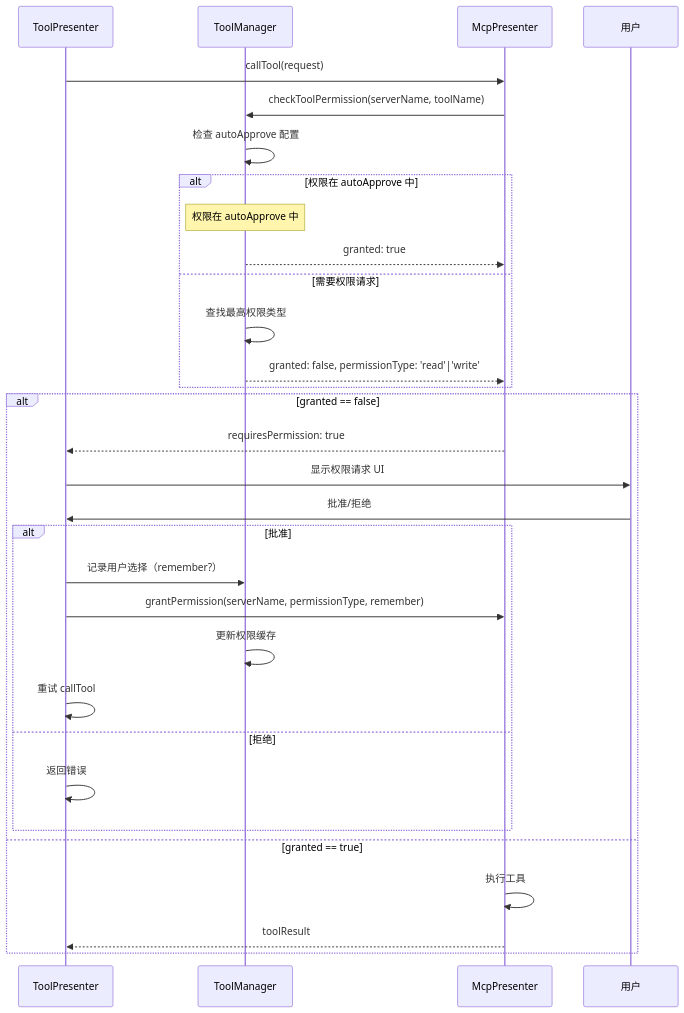
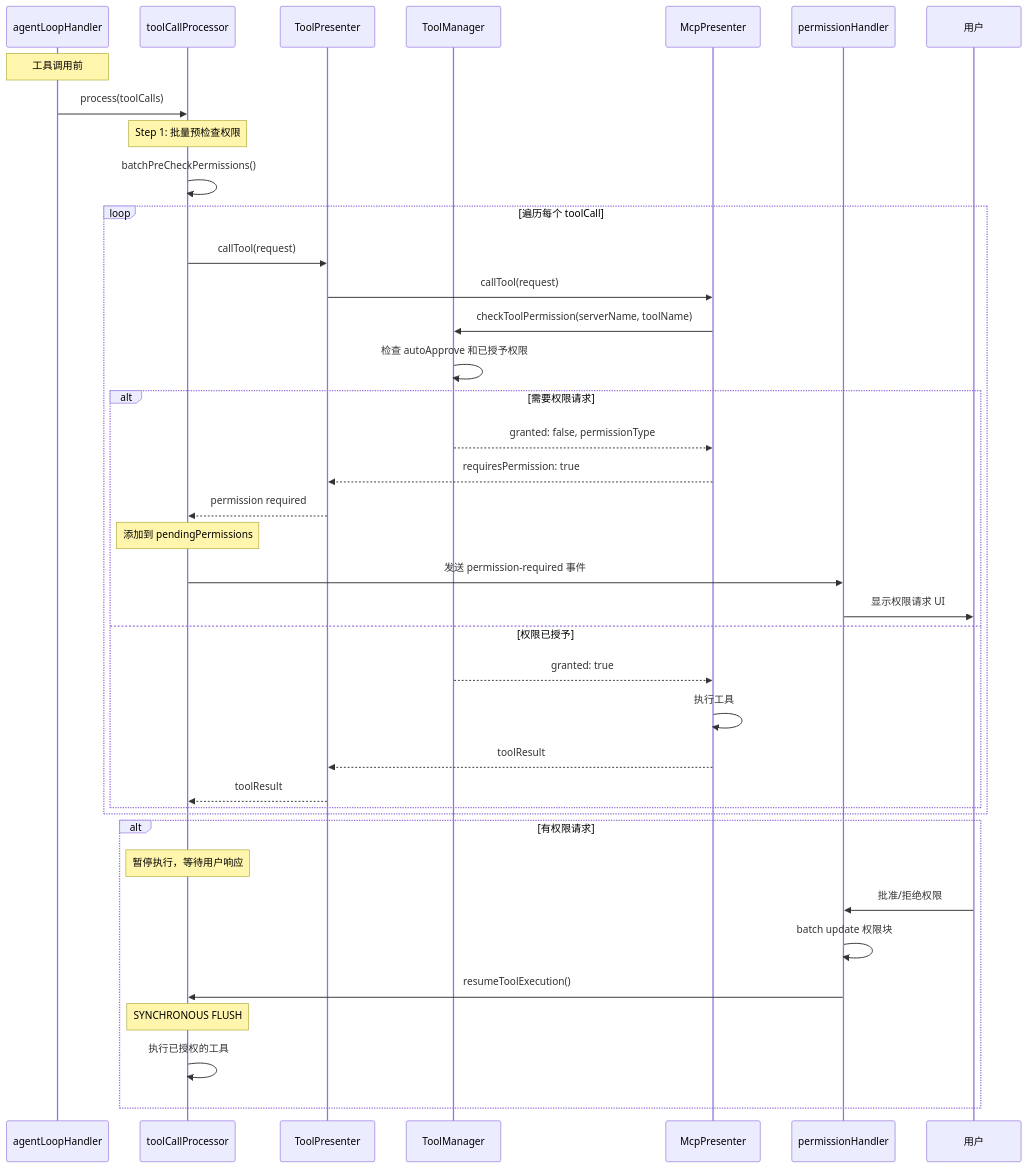
The sixth of 6 diagrams in docs/architecture/tool-system.md (ThinkInAIXYZ/deepchat), drawn with Mermaid before and after one commit. The commit also changed other lines of this file and 20 other files, not shown here.

````diff
--- a/docs/architecture/tool-system.md
+++ b/docs/architecture/tool-system.md
@@ -671,38 +740,47 @@
 ```mermaid
 sequenceDiagram
+    participant AgentLoop as agentLoopHandler
+    participant ToolProc as toolCallProcessor
     participant ToolP as ToolPresenter
     participant ToolMgr as ToolManager
     participant McpP as McpPresenter
+    participant PermHandler as permissionHandler
     participant User as 用户
 
-    ToolP->>McpP: callTool(request)
-    McpP->>ToolMgr: checkToolPermission(serverName, toolName)
+    Note over AgentLoop: 工具调用前
+    AgentLoop->>ToolProc: process(toolCalls)
 
-    ToolMgr->>ToolMgr: 检查 autoApprove 配置
+    Note over ToolProc: Step 1: 批量预检查权限
+    ToolProc->>ToolProc: batchPreCheckPermissions()
 
-    alt 权限在 autoApprove 中
-        Note over ToolMgr: 权限在 autoApprove 中
-        ToolMgr-->>McpP: granted: true
-    else 需要权限请求
-        ToolMgr->>ToolMgr: 查找最高权限类型
-        ToolMgr-->>McpP: granted: false, permissionType: 'read'|'write'
+    loop 遍历每个 toolCall
+        ToolProc->>ToolP: callTool(request)
+        ToolP->>McpP: callTool(request)
+        McpP->>ToolMgr: checkToolPermission(serverName, toolName)
+        ToolMgr->>ToolMgr: 检查 autoApprove 和已授予权限
+
+        alt 需要权限请求
+            ToolMgr-->>McpP: granted: false, permissionType
+            McpP-->>ToolP: requiresPermission: true
+            ToolP-->>ToolProc: permission required
+
+            Note over ToolProc: 添加到 pendingPermissions
+            ToolProc->>PermHandler: 发送 permission-required 事件
+            PermHandler->>User: 显示权限请求 UI
+        else 权限已授予
+            ToolMgr-->>McpP: granted: true
+            McpP->>McpP: 执行工具
+            McpP-->>ToolP: toolResult
+            ToolP-->>ToolProc: toolResult
+        end
     end
 
-    alt granted == false
-        McpP-->>ToolP: requiresPermission: true
-        ToolP->>User: 显示权限请求 UI
-        User->>ToolP: 批准/拒绝
-
-        alt 批准
-            ToolP->>ToolMgr: 记录用户选择（remember?）
-            ToolP->>McpP: grantPermission(serverName, permissionType, remember)
-            ToolMgr->>ToolMgr: 更新权限缓存
-            ToolP->>ToolP: 重试 callTool
-        else 拒绝
-            ToolP->>ToolP: 返回错误
-        end
-    else granted == true
-        McpP->>McpP: 执行工具
-        McpP-->>ToolP: toolResult
+    alt 有权限请求
+        Note over ToolProc: 暂停执行，等待用户响应
+        User->>PermHandler: 批准/拒绝权限
+        PermHandler->>PermHandler: batch update 权限块
+        PermHandler->>ToolProc: resumeToolExecution()
+        Note over ToolProc: SYNCHRONOUS FLUSH
+        ToolProc->>ToolProc: 执行已授权的工具
     end
 ```
````
